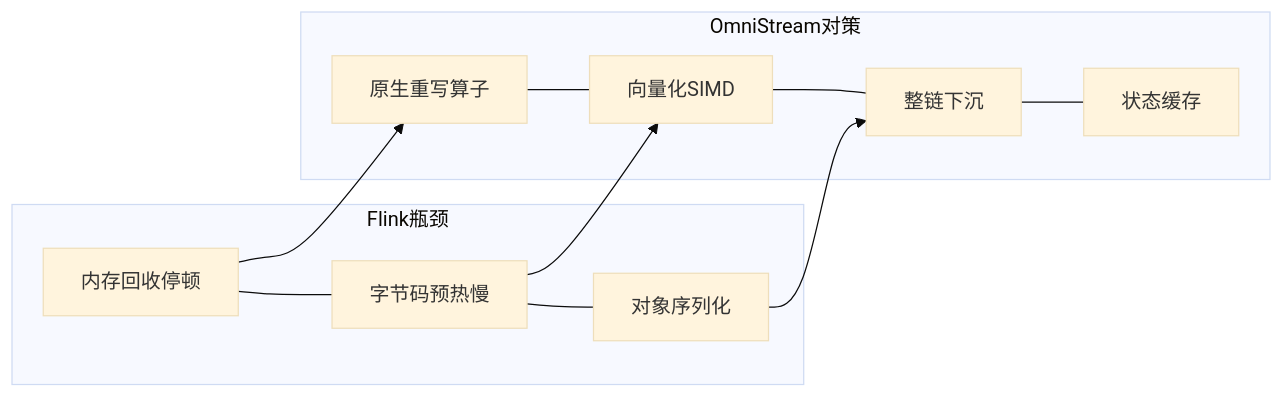
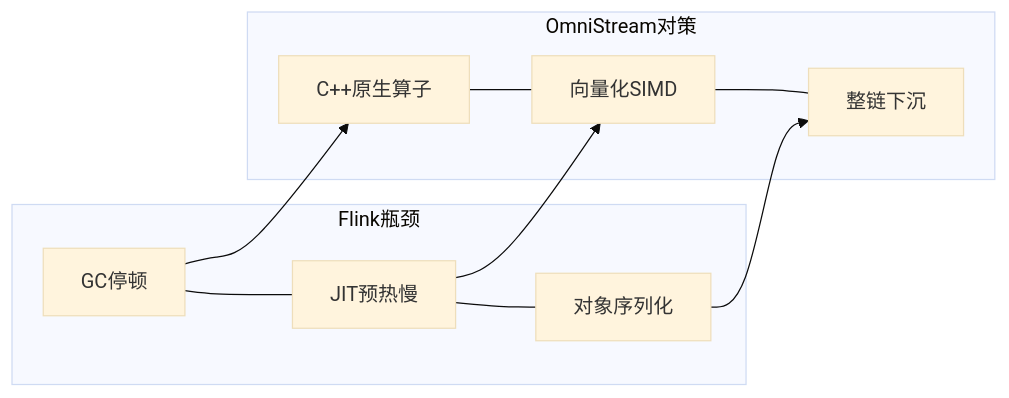
The first of 12 diagrams in manuscript.md (int2t05/internship), drawn with Mermaid (base theme) before and after one commit. The commit also changed other lines of this file and 1 other file, not shown here.

````diff
--- a/manuscript.md
+++ b/manuscript.md
@@ -90,12 +101,12 @@
 ```mermaid
 flowchart LR
     subgraph Flink瓶颈
-    A1[内存回收停顿] --- A2[字节码预热慢] --- A3[对象序列化]
+    A1[GC停顿] --- A2[JIT预热慢] --- A3[对象序列化]
     end
     subgraph OmniStream对策
-    B1[原生重写算子] --- B2[向量化SIMD] --- B3[整链下沉] --- B4[状态缓存]
+    B1[C++原生算子] --- B2[向量化SIMD] --- B3[整链下沉]
     end
     A1 --> B1
     A2 --> B2
     A3 --> B3
 ```
````
